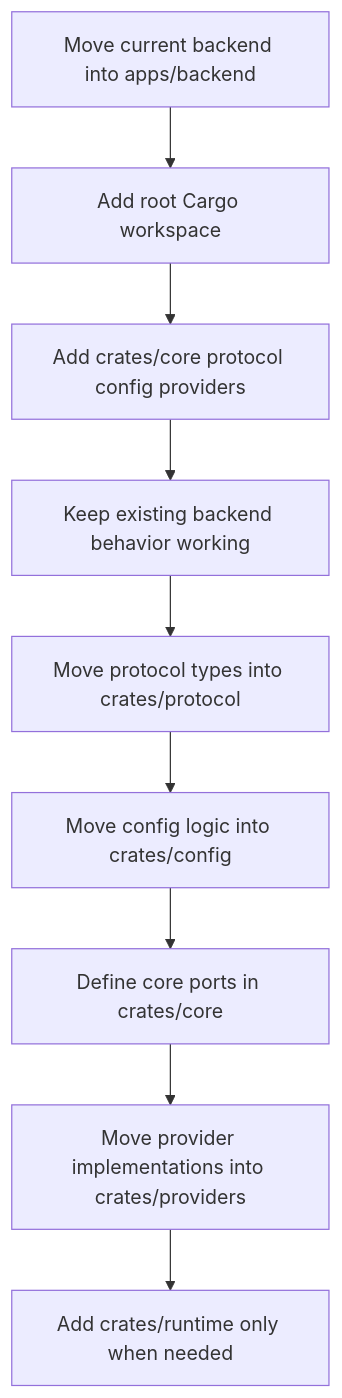
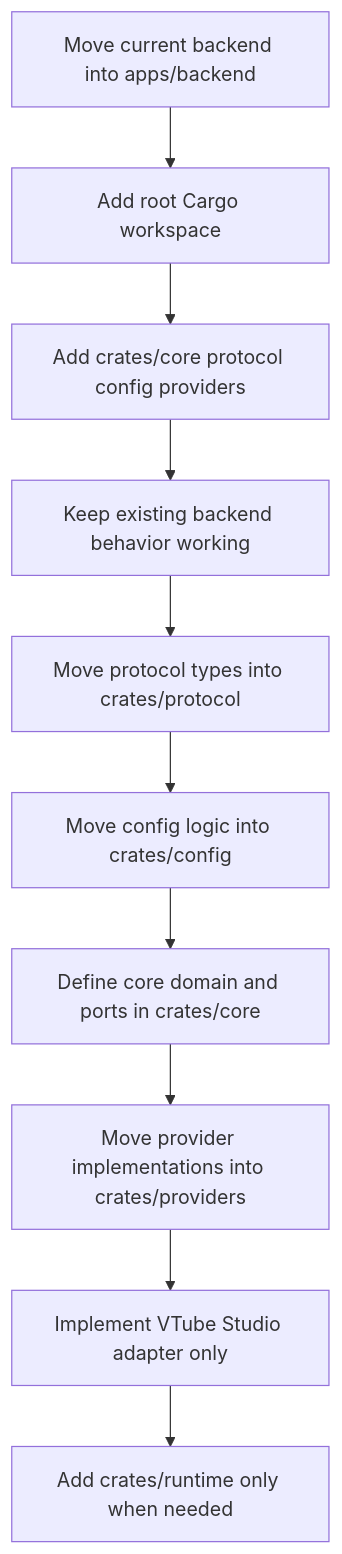
The tenth of 10 diagrams in docs/04_BACKEND_DESIGN.md (Jonathan0823/VoxaLive), drawn with Mermaid before and after one commit. The commit also changed other lines of this file, not shown here.

```diff
--- a/docs/04_BACKEND_DESIGN.md
+++ b/docs/04_BACKEND_DESIGN.md
@@ -388,11 +701,12 @@
 ~~~mermaid
 flowchart TD
     A[Move current backend into apps/backend] --> B[Add root Cargo workspace]
     B --> C[Add crates/core protocol config providers]
     C --> D[Keep existing backend behavior working]
     D --> E[Move protocol types into crates/protocol]
     E --> F[Move config logic into crates/config]
-    F --> G[Define core ports in crates/core]
+    F --> G[Define core domain and ports in crates/core]
     G --> H[Move provider implementations into crates/providers]
-    H --> I[Add crates/runtime only when needed]
+    H --> I[Implement VTube Studio adapter only]
+    I --> J[Add crates/runtime only when needed]
 ~~~
```
